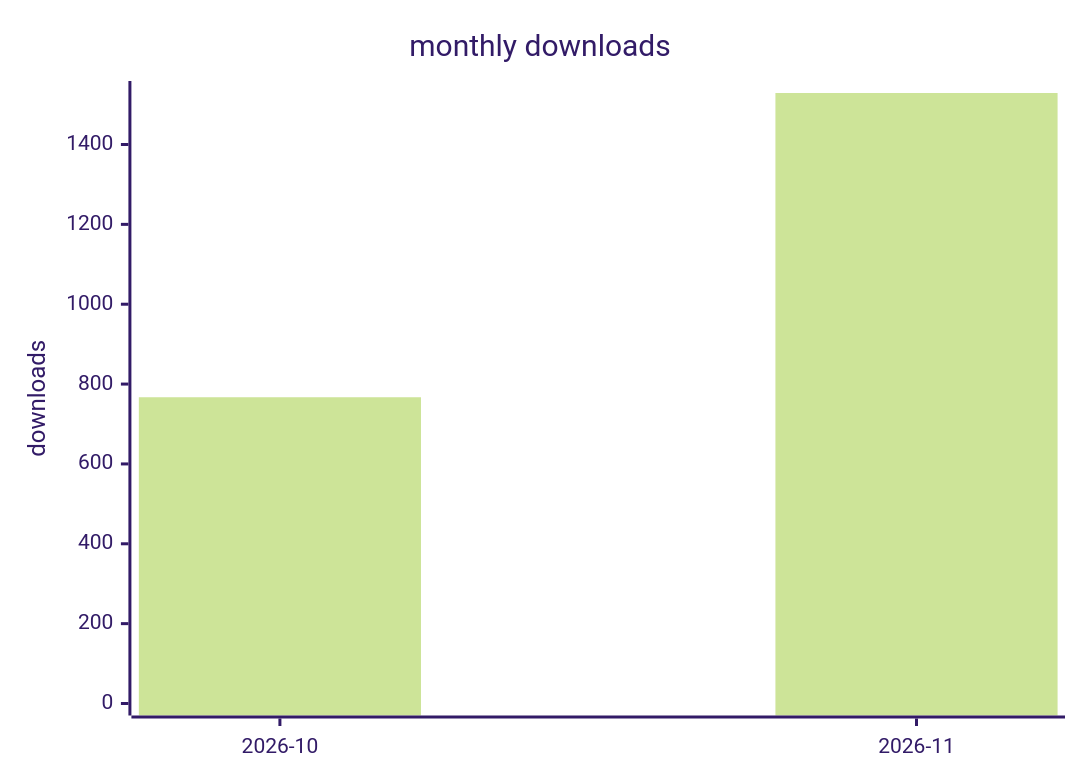
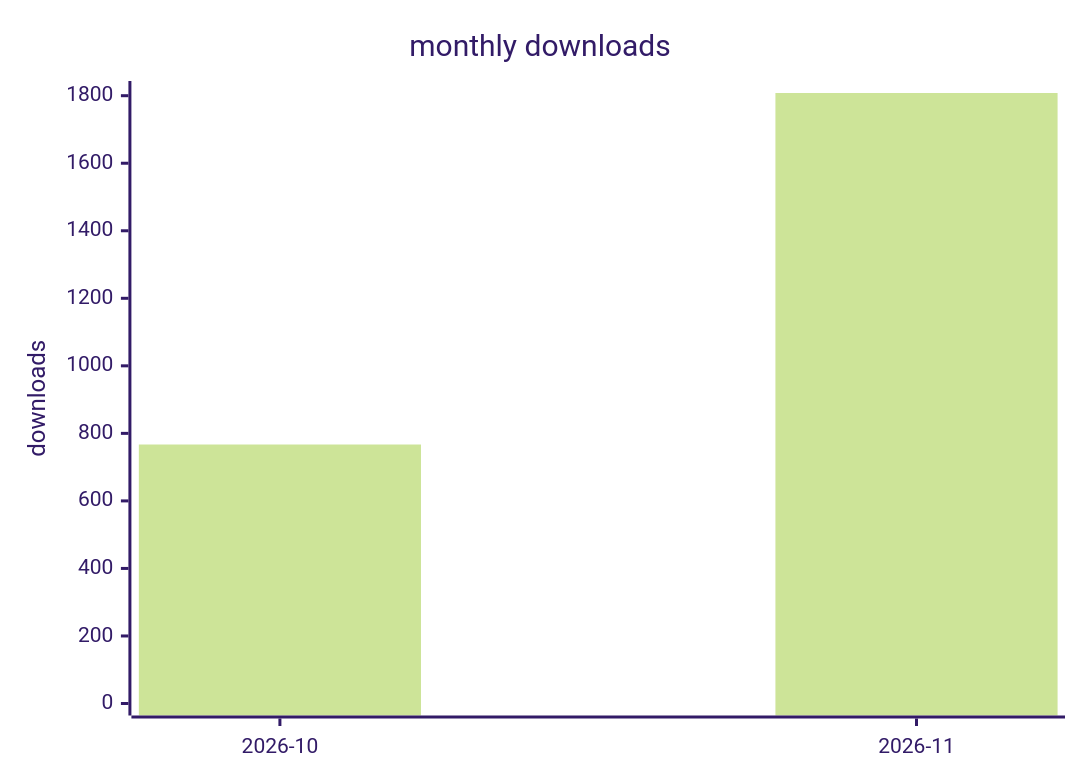
The second of 2 diagrams in docs/downloads-2026.md (terry2010/opencode-loop-recover), drawn with Mermaid (forest theme) before and after one commit. The commit also changed other lines of this file and 1 other file, not shown here.

````diff
--- a/docs/downloads-2026.md
+++ b/docs/downloads-2026.md
@@ -29,7 +29,7 @@
 ```mermaid
 xychart-beta
     title "monthly downloads"
     x-axis ["2026-10", "2026-11"]
-    y-axis "downloads" 0 --> 1529
-    bar [767, 1529]
+    y-axis "downloads" 0 --> 1808
+    bar [767, 1808]
 ```
````
